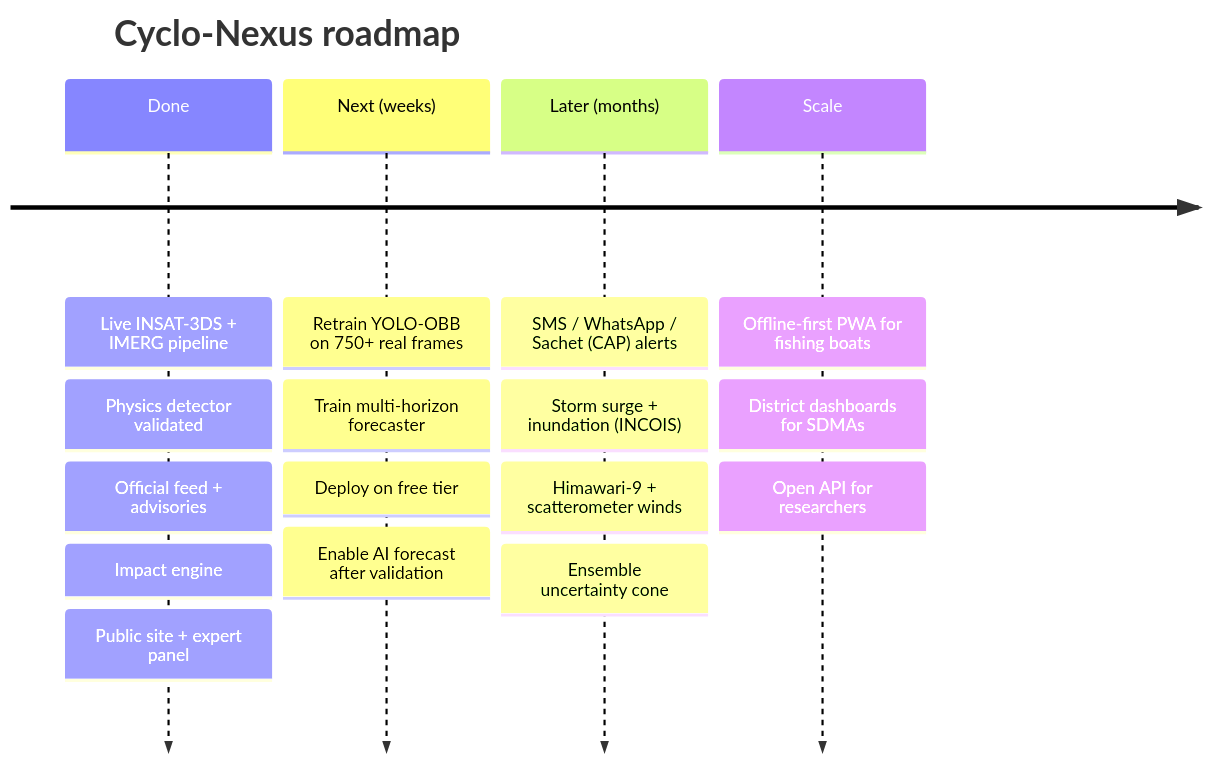
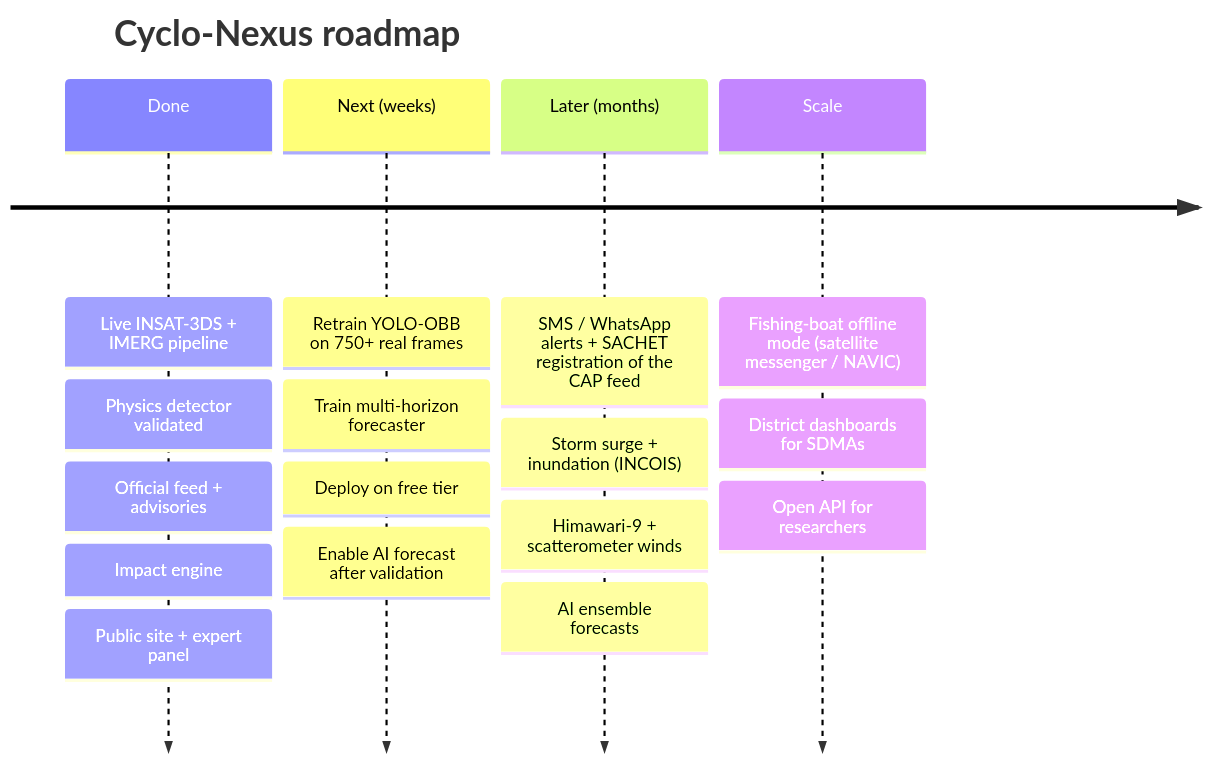
Diagram 14 of 14 in README.md (itstaruns27/cyclo-nexus), drawn with Mermaid before and after one commit. The commit also changed other lines of this file and 33 other files, not shown here.

First line of the commit message:
Add CAP 1.2 alerts, IMD forecast cone, offline-first PWA and unified real-data training set

````diff
--- a/README.md
+++ b/README.md
@@ -851,8 +854,8 @@
 ```mermaid
 timeline
     title Cyclo-Nexus roadmap
     Done : Live INSAT-3DS + IMERG pipeline : Physics detector validated : Official feed + advisories : Impact engine : Public site + expert panel
     Next (weeks) : Retrain YOLO-OBB on 750+ real frames : Train multi-horizon forecaster : Deploy on free tier : Enable AI forecast after validation
-    Later (months) : SMS / WhatsApp / Sachet (CAP) alerts : Storm surge + inundation (INCOIS) : Himawari-9 + scatterometer winds : Ensemble uncertainty cone
-    Scale : Offline-first PWA for fishing boats : District dashboards for SDMAs : Open API for researchers
+    Later (months) : SMS / WhatsApp alerts + SACHET registration of the CAP feed : Storm surge + inundation (INCOIS) : Himawari-9 + scatterometer winds : AI ensemble forecasts
+    Scale : Fishing-boat offline mode (satellite messenger / NAVIC) : District dashboards for SDMAs : Open API for researchers
 ```
````
